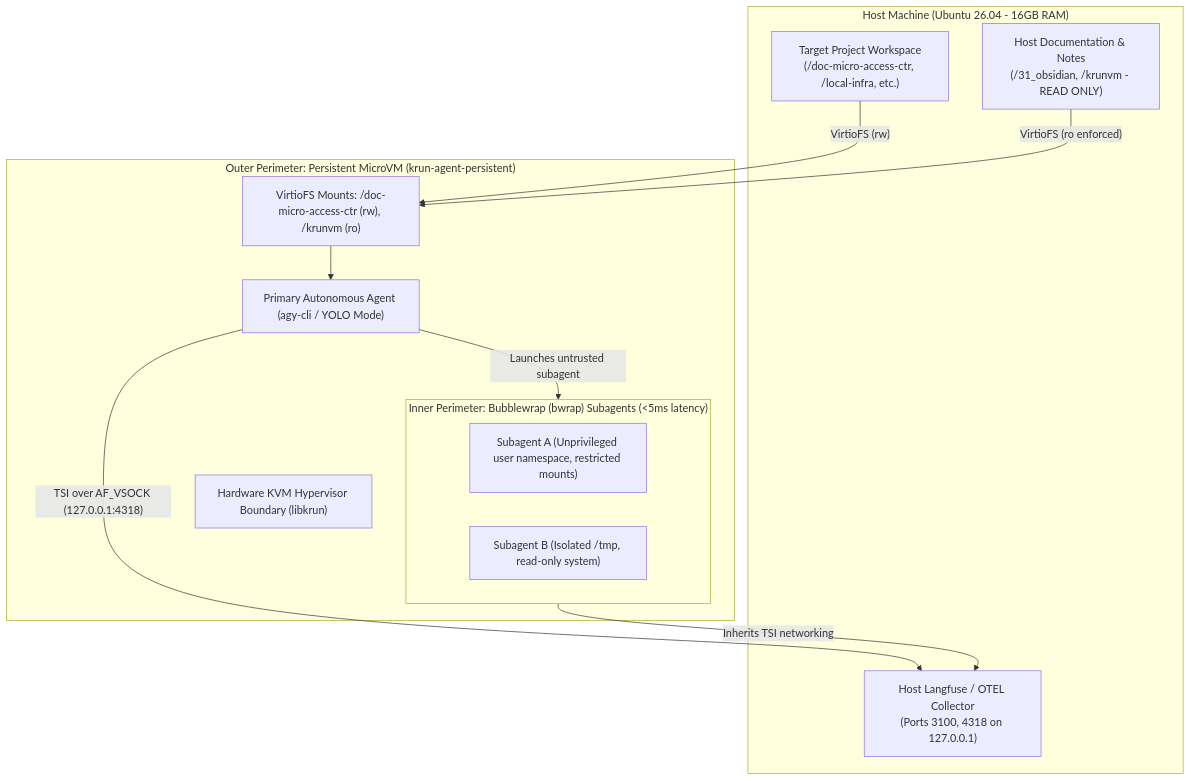
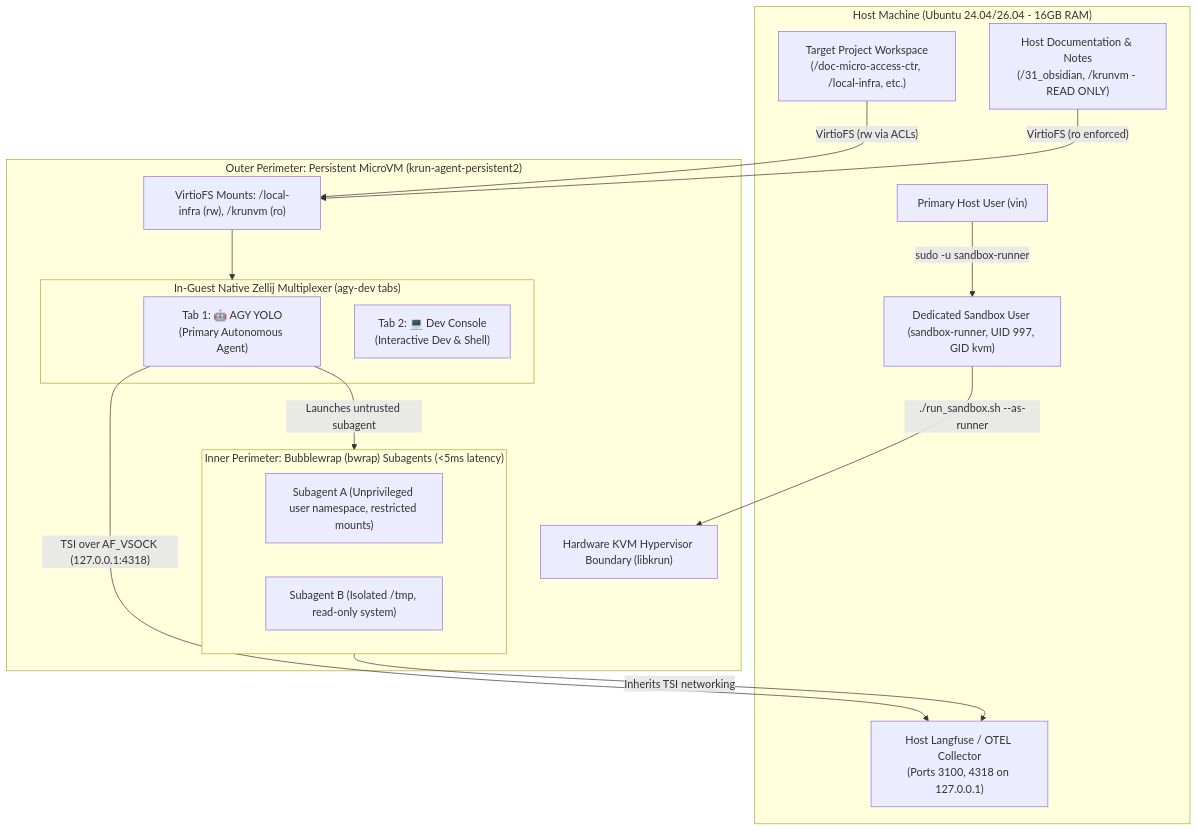
The first of 3 diagrams in README.md (VincentChong123/krunvm), drawn with Mermaid before and after one commit. The commit also changed other lines of this file and 16 other files, not shown here.

First line of the commit message:
feat(sandbox): add dedicated sandbox-runner isolation and zellij layout

````diff
--- a/README.md
+++ b/README.md
@@ -19,26 +19,34 @@
 ```mermaid
 flowchart TD
-    subgraph Host["Host Machine (Ubuntu 26.04 - 16GB RAM)"]
+    subgraph Host["Host Machine (Ubuntu 24.04/26.04 - 16GB RAM)"]
+        H_Dev["Primary Host User (vin)"]
+        H_Runner["Dedicated Sandbox User (sandbox-runner, UID 997, GID kvm)"]
         H_Proj["Target Project Workspace\n(/doc-micro-access-ctr, /local-infra, etc.)"]
         H_LF["Host Langfuse / OTEL Collector\n(Ports 3100, 4318 on 127.0.0.1)"]
         H_Notes["Host Documentation & Notes\n(/31_obsidian, /krunvm - READ ONLY)"]
     end
 
-    subgraph PersistentVM["Outer Perimeter: Persistent MicroVM (krun-agent-persistent)"]
+    subgraph PersistentVM["Outer Perimeter: Persistent MicroVM (krun-agent-persistent2)"]
         P_Hyper["Hardware KVM Hypervisor Boundary (libkrun)"]
-        P_Mounts["VirtioFS Mounts: /doc-micro-access-ctr (rw), /krunvm (ro)"]
-        P_Agent["Primary Autonomous Agent (agy-cli / YOLO Mode)"]
-        
+        P_Mounts["VirtioFS Mounts: /local-infra (rw), /krunvm (ro)"]
+
+        subgraph ZellijSession["In-Guest Native Zellij Multiplexer (agy-dev tabs)"]
+            Z_Agent["Tab 1: 🤖 AGY YOLO\n(Primary Autonomous Agent)"]
+            Z_Dev["Tab 2: 💻 Dev Console\n(Interactive Dev & Shell)"]
+        end
+
         subgraph InnerSandbox["Inner Perimeter: Bubblewrap (bwrap) Subagents (<5ms latency)"]
             B_Sub1["Subagent A (Unprivileged user namespace, restricted mounts)"]
             B_Sub2["Subagent B (Isolated /tmp, read-only system)"]
         end
     end
 
-    H_Proj -- "VirtioFS (rw)" --> P_Mounts
+    H_Dev -- "sudo -u sandbox-runner" --> H_Runner
+    H_Runner -- "./run_sandbox.sh --as-runner" --> P_Hyper
+    H_Proj -- "VirtioFS (rw via ACLs)" --> P_Mounts
     H_Notes -- "VirtioFS (ro enforced)" --> P_Mounts
-    P_Mounts --> P_Agent
-    P_Agent -- "Launches untrusted subagent" --> InnerSandbox
-    P_Agent -- "TSI over AF_VSOCK (127.0.0.1:4318)" --> H_LF
+    P_Mounts --> ZellijSession
+    Z_Agent -- "Launches untrusted subagent" --> InnerSandbox
+    Z_Agent -- "TSI over AF_VSOCK (127.0.0.1:4318)" --> H_LF
     InnerSandbox -- "Inherits TSI networking" --> H_LF
 ```
````
